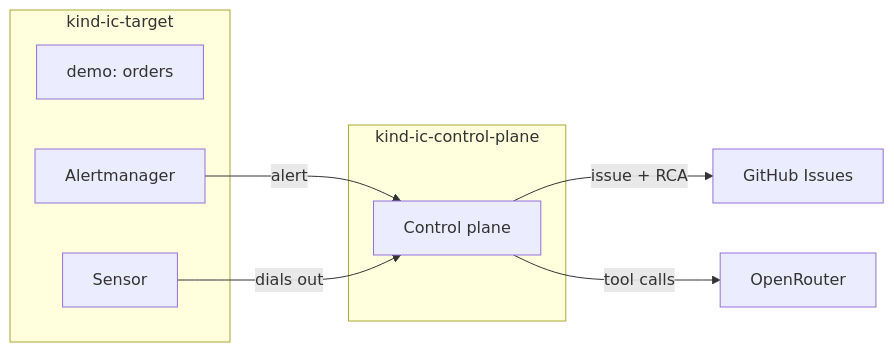
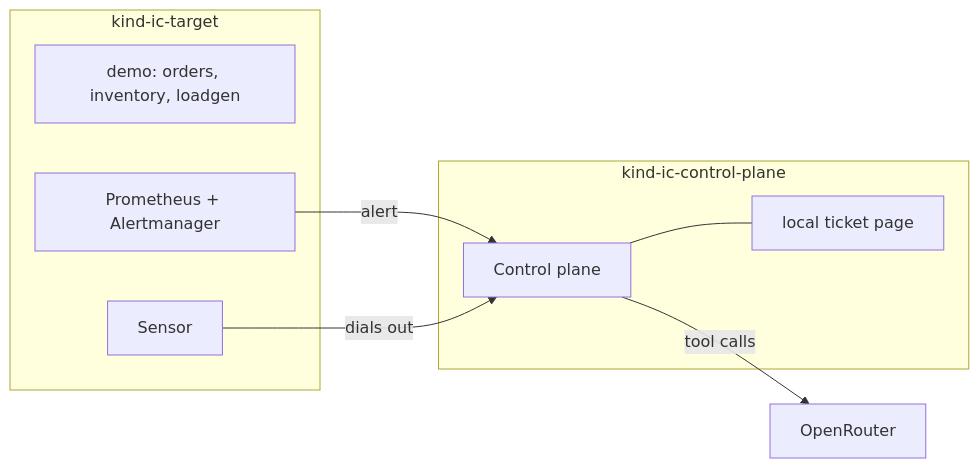
Before and after one commit to itsankoff/incident-copilot: the diagram in docs/demo.md, drawn with Mermaid. The commit also changed other lines of this file and 23 other files, not shown here.

First line of the commit message:
* make demo: one-command local demo, and the README consolidated (#90)

````diff
--- a/docs/demo.md
+++ b/docs/demo.md
@@ -14,15 +40,16 @@
 ```mermaid
 flowchart LR
     subgraph T[kind-ic-target]
-        APP[demo: orders]
-        AM[Alertmanager]
+        APP[demo: orders, inventory, loadgen]
+        AM[Prometheus + Alertmanager]
         S[Sensor]
     end
     subgraph C[kind-ic-control-plane]
         CP[Control plane]
+        TP[local ticket page]
     end
     AM -- alert --> CP
     S -- dials out --> CP
-    CP -- issue + RCA --> GH[GitHub Issues]
+    CP --- TP
     CP -- tool calls --> LLM[OpenRouter]
 ```
````
